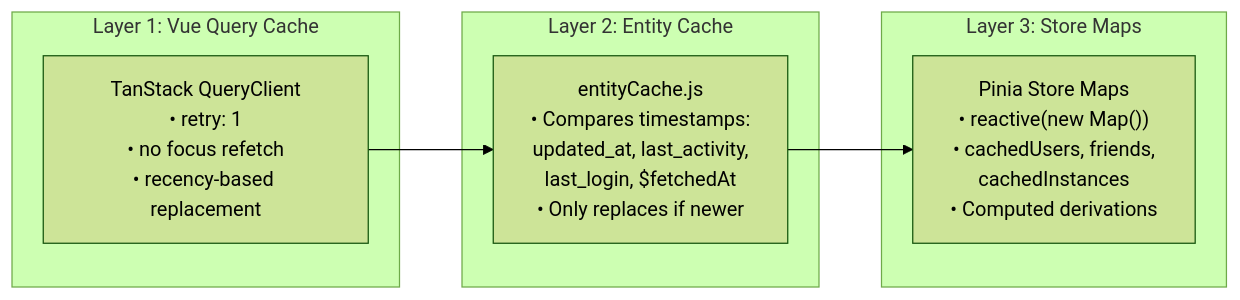
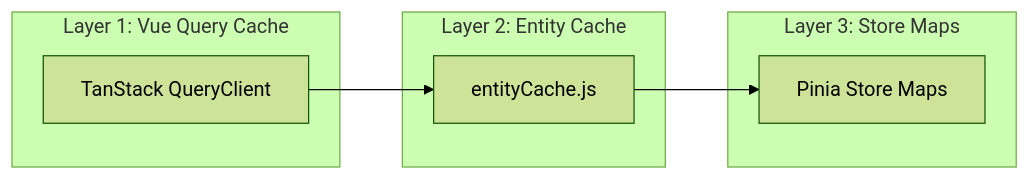
Before and after one commit to Map1en/vrcx-docs: the third of 4 diagrams in en/architecture/data-flow.md, drawn with Mermaid (forest theme). The commit also changed other lines of this file and 16 other files, not shown here.

````diff
--- a/en/architecture/data-flow.md
+++ b/en/architecture/data-flow.md
@@ -138,14 +148,14 @@
 ```mermaid
 flowchart LR
     subgraph L1["Layer 1: Vue Query Cache"]
-        QC["TanStack QueryClient<br/>• retry: 1<br/>• no focus refetch<br/>• recency-based replacement"]
+        QC["TanStack QueryClient"]
     end
     subgraph L2["Layer 2: Entity Cache"]
-        EC["entityCache.js<br/>• Compares timestamps:<br/>  updated_at, last_activity,<br/>  last_login, $fetchedAt<br/>• Only replaces if newer"]
+        EC["entityCache.js"]
     end
     subgraph L3["Layer 3: Store Maps"]
-        SM["Pinia Store Maps<br/>• reactive(new Map())<br/>• cachedUsers, friends,<br/>  cachedInstances<br/>• Computed derivations"]
+        SM["Pinia Store Maps"]
     end
 
     QC --> EC --> SM
 ```
````
